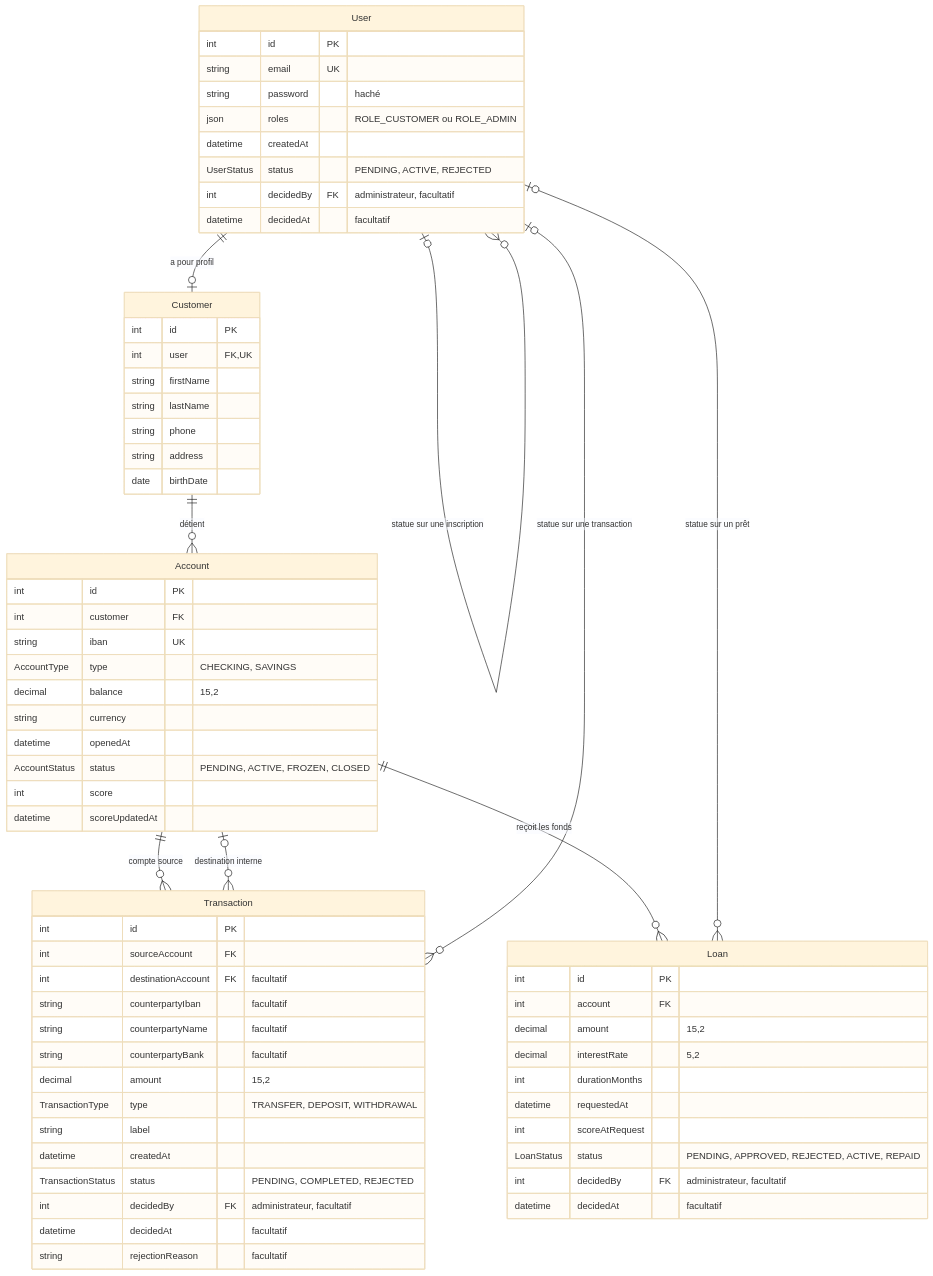
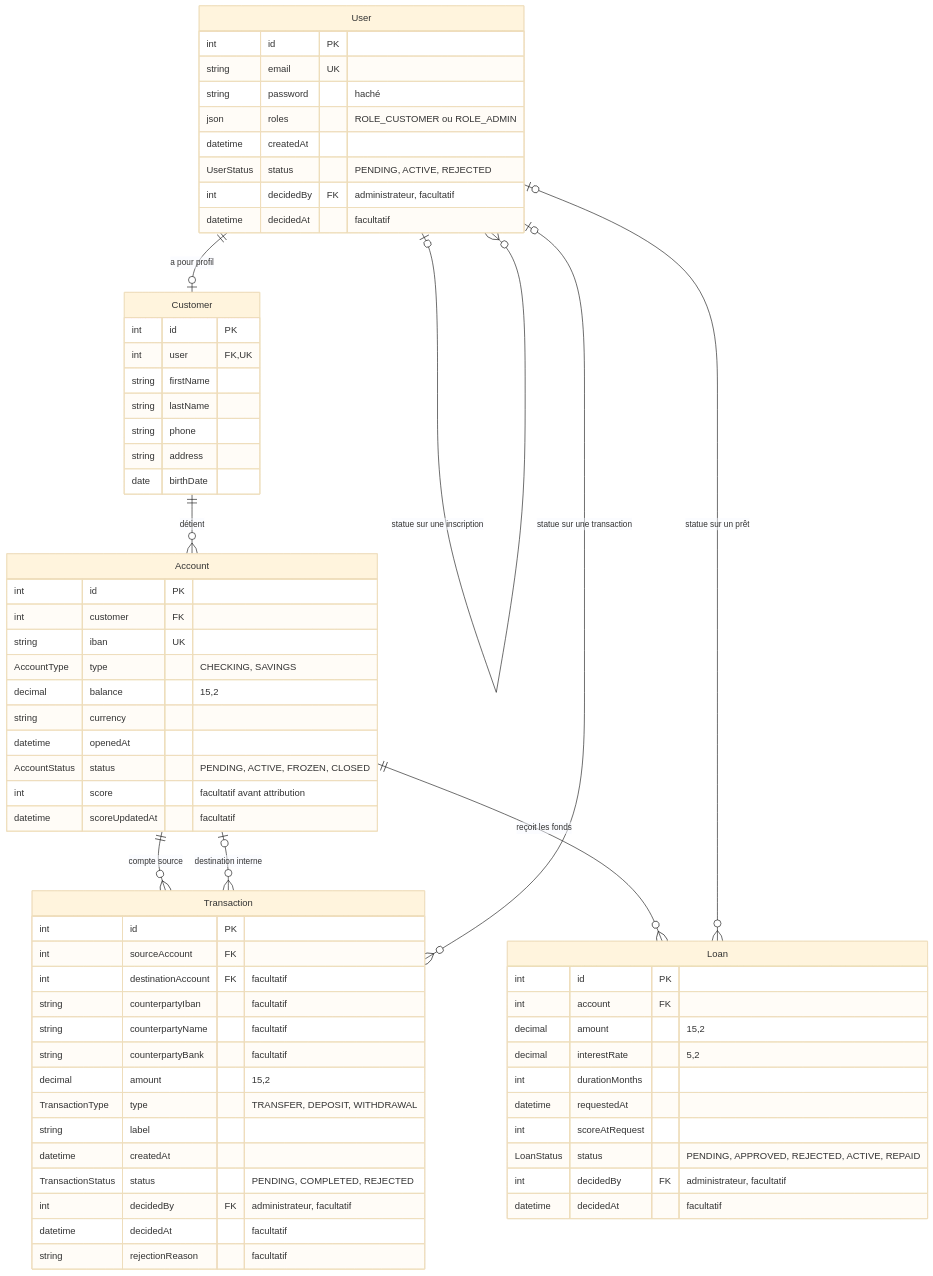
Before and after one commit to chaher-bah/Symfony_Banque_project: the diagram in README.md, drawn with Mermaid (base theme). The commit also changed other lines of this file and 72 other files, not shown here.

````diff
--- a/README.md
+++ b/README.md
@@ -7,75 +7,75 @@
 ```mermaid
 erDiagram
     User ||--o| Customer : "a pour profil"
     Customer ||--o{ Account : "détient"
     Account ||--o{ Transaction : "compte source"
     Account o|--o{ Transaction : "destination interne"
     Account ||--o{ Loan : "reçoit les fonds"
     User o|--o{ User : "statue sur une inscription"
     User o|--o{ Transaction : "statue sur une transaction"
     User o|--o{ Loan : "statue sur un prêt"
 
     User {
         int id PK
         string email UK
         string password "haché"
         json roles "ROLE_CUSTOMER ou ROLE_ADMIN"
         datetime createdAt
         UserStatus status "PENDING, ACTIVE, REJECTED"
         int decidedBy FK "administrateur, facultatif"
         datetime decidedAt "facultatif"
     }
 
     Customer {
         int id PK
         int user FK, UK
         string firstName
         string lastName
         string phone
         string address
         date birthDate
     }
 
     Account {
         int id PK
         int customer FK
         string iban UK
         AccountType type "CHECKING, SAVINGS"
         decimal balance "15,2"
         string currency
         datetime openedAt
         AccountStatus status "PENDING, ACTIVE, FROZEN, CLOSED"
-        int score
-        datetime scoreUpdatedAt
+        int score "facultatif avant attribution"
+        datetime scoreUpdatedAt "facultatif"
     }
 
     Transaction {
         int id PK
         int sourceAccount FK
         int destinationAccount FK "facultatif"
         string counterpartyIban "facultatif"
         string counterpartyName "facultatif"
         string counterpartyBank "facultatif"
         decimal amount "15,2"
         TransactionType type "TRANSFER, DEPOSIT, WITHDRAWAL"
         string label
         datetime createdAt
         TransactionStatus status "PENDING, COMPLETED, REJECTED"
         int decidedBy FK "administrateur, facultatif"
         datetime decidedAt "facultatif"
         string rejectionReason "facultatif"
     }
 
     Loan {
         int id PK
         int account FK
         decimal amount "15,2"
         decimal interestRate "5,2"
         int durationMonths
         datetime requestedAt
         int scoreAtRequest
         LoanStatus status "PENDING, APPROVED, REJECTED, ACTIVE, REPAID"
         int decidedBy FK "administrateur, facultatif"
         datetime decidedAt "facultatif"
     }
 ```
````
